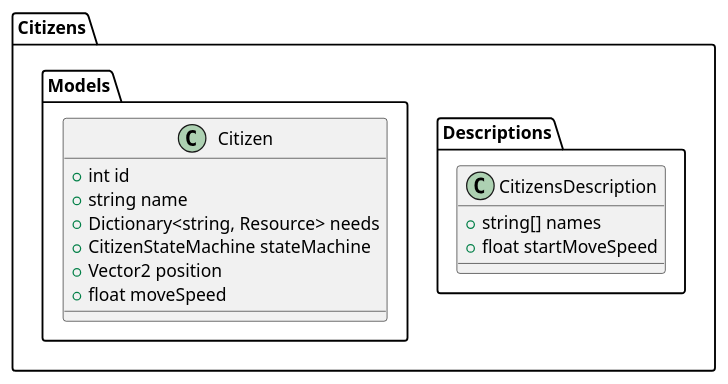
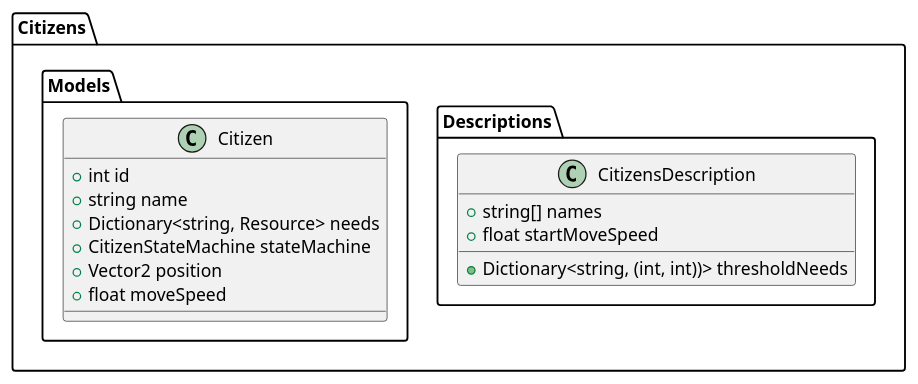
Before and after one commit to minusrep/Pivo-UML: the diagram in Colony/Citizens/Citizens.puml, drawn with PlantUML. The commit also changed 5 other files, not shown here.

```diff
--- a/Colony/Citizens/Citizens.puml
+++ b/Colony/Citizens/Citizens.puml
@@ -1,28 +1,29 @@
 @startuml
 
 package "Citizens"
 {
     package "Descriptions"
     {
         class CitizensDescription
         {
             +string[] names
             +float startMoveSpeed
+            +Dictionary<string, (int, int))> thresholdNeeds
         }
     }
 
     package "Models"
     {
         class Citizen 
         {
             +int id
             +string name
             +Dictionary<string, Resource> needs
             +CitizenStateMachine stateMachine
             +Vector2 position
             +float moveSpeed
         }
     }
 }
 
 @enduml
```
